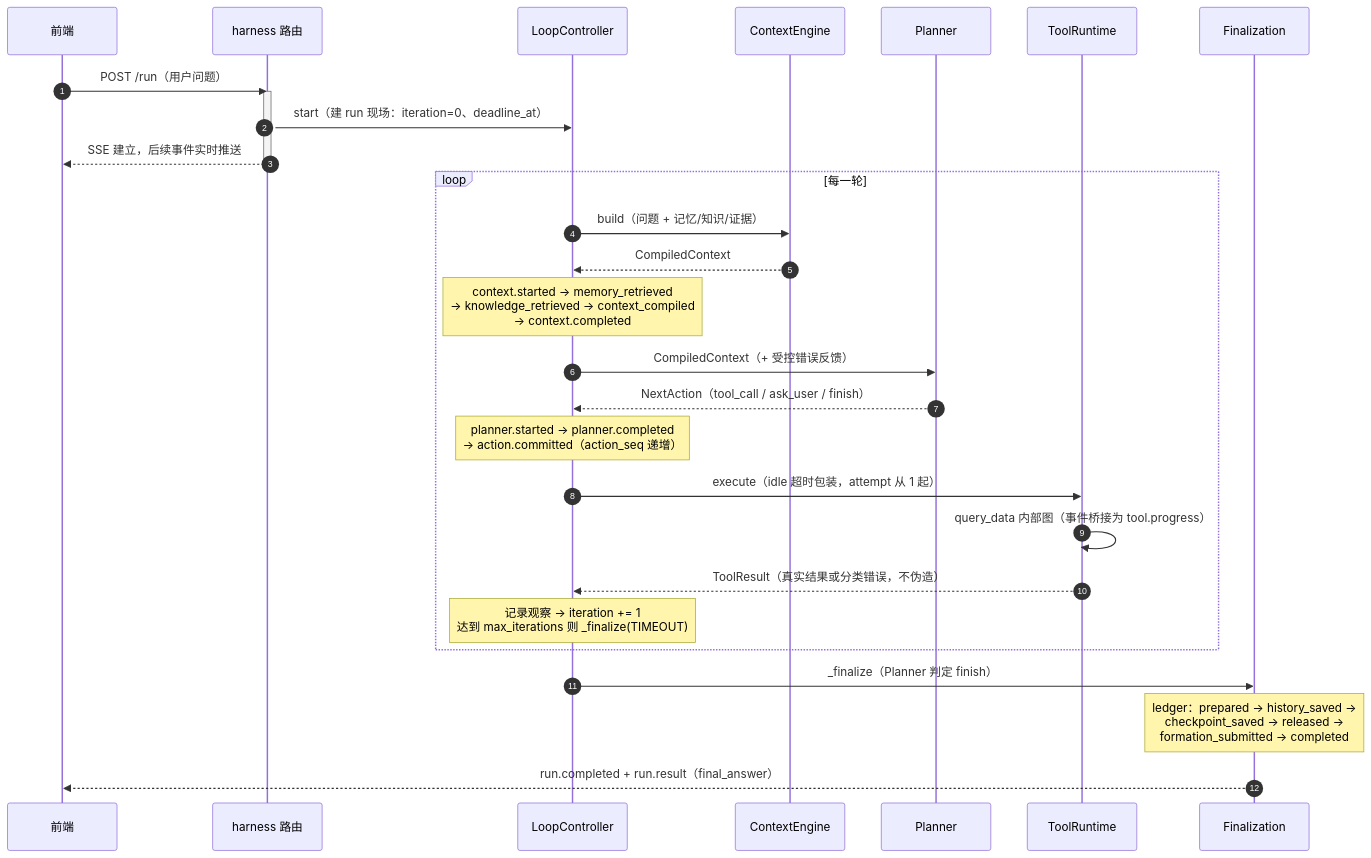
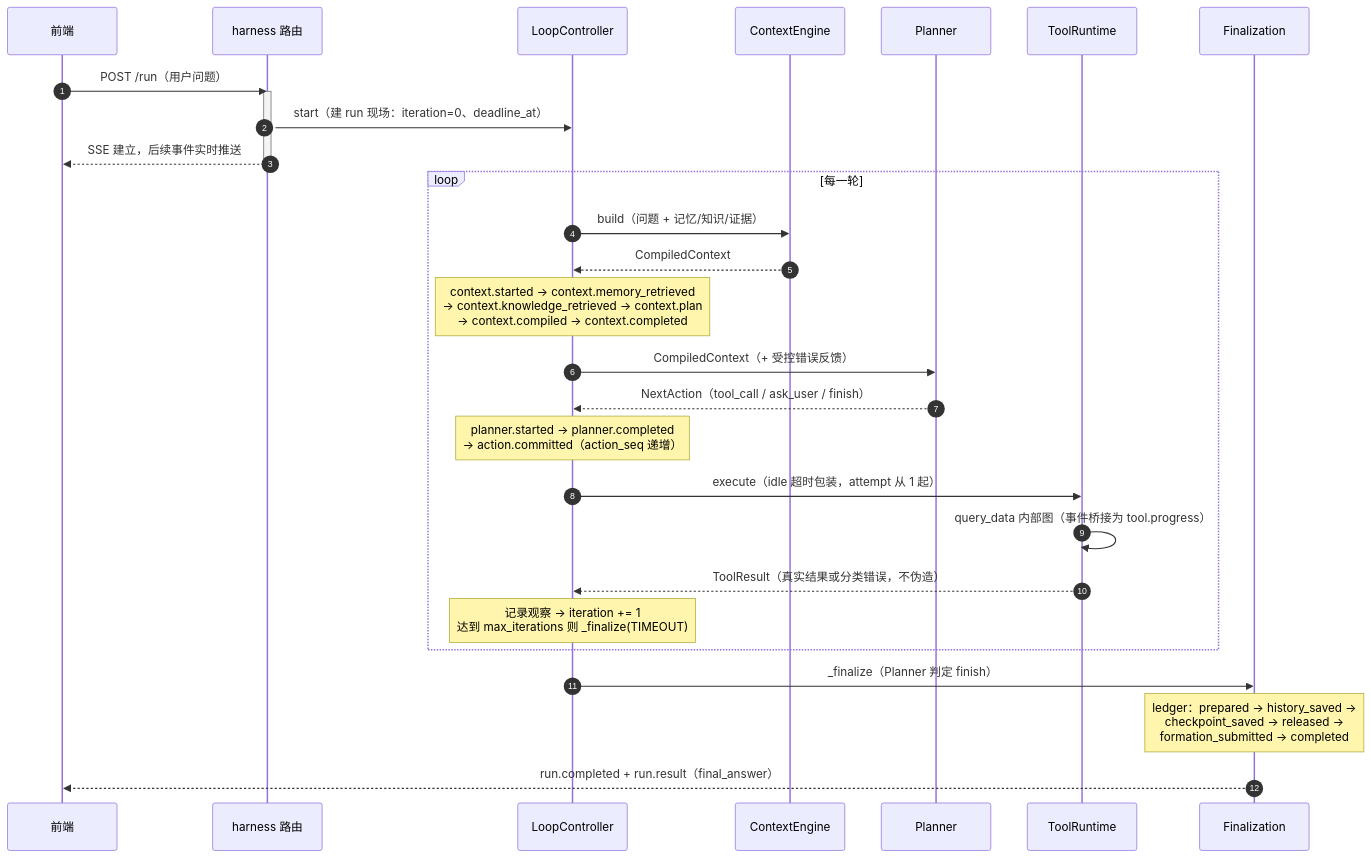
The second of 3 diagrams in docs/data_agent_harness_asbuilt.md (Z3-FE/ai_data_analysis), drawn with Mermaid before and after one commit. The commit also changed other lines of this file, not shown here.

Commit message:
as-built 主线路增量更新：① §1.2 图注事件名对齐 3.3 实际事件族（补 context. 前缀与 context.plan）；② §2.1 补 GET /run/status 只读快照端点（回头再看：SSE 断开即 cancelled 收口，刷新恢复快照不重放事件流）；③ 模块一 1.5 补 start_turn 占用检查自愈语义；④ §4 新增 4.5 进程中断（无收口机会的第四种走向：硬孤儿机理 + 下一次 start_turn 前置检查自愈 + 守护测试）；⑤ 3.3 _build ② 标注条数窗口与 token 预算复核（⑨）分层

````diff
--- a/docs/data_agent_harness_asbuilt.md
+++ b/docs/data_agent_harness_asbuilt.md
@@ -65,34 +65,34 @@
 ```mermaid
 sequenceDiagram
     autonumber
     participant FE as 前端
     participant API as harness 路由
     participant LC as LoopController
     participant CE as ContextEngine
     participant PL as Planner
     participant TR as ToolRuntime
     participant FZ as Finalization
 
     FE->>API: POST /run（用户问题）
     activate API
     API->>LC: start（建 run 现场：iteration=0、deadline_at）
     API-->>FE: SSE 建立，后续事件实时推送
     deactivate API
 
     loop 每一轮
         LC->>CE: build（问题 + 记忆/知识/证据）
         CE-->>LC: CompiledContext
-        Note over LC: context.started → memory_retrieved<br/>→ knowledge_retrieved → context_compiled<br/>→ context.completed
+        Note over LC: context.started → context.memory_retrieved<br/>→ context.knowledge_retrieved → context.plan<br/>→ context.compiled → context.completed
         LC->>PL: CompiledContext（+ 受控错误反馈）
         PL-->>LC: NextAction（tool_call / ask_user / finish）
         Note over LC: planner.started → planner.completed<br/>→ action.committed（action_seq 递增）
         LC->>TR: execute（idle 超时包装，attempt 从 1 起）
         TR->>TR: query_data 内部图（事件桥接为 tool.progress）
         TR-->>LC: ToolResult（真实结果或分类错误，不伪造）
         Note over LC: 记录观察 → iteration += 1<br/>达到 max_iterations 则 _finalize(TIMEOUT)
     end
 
     LC->>FZ: _finalize（Planner 判定 finish）
     Note over FZ: ledger：prepared → history_saved →<br/>checkpoint_saved → released →<br/>formation_submitted → completed
     FZ-->>FE: run.completed + run.result（final_answer）
 ```
````
